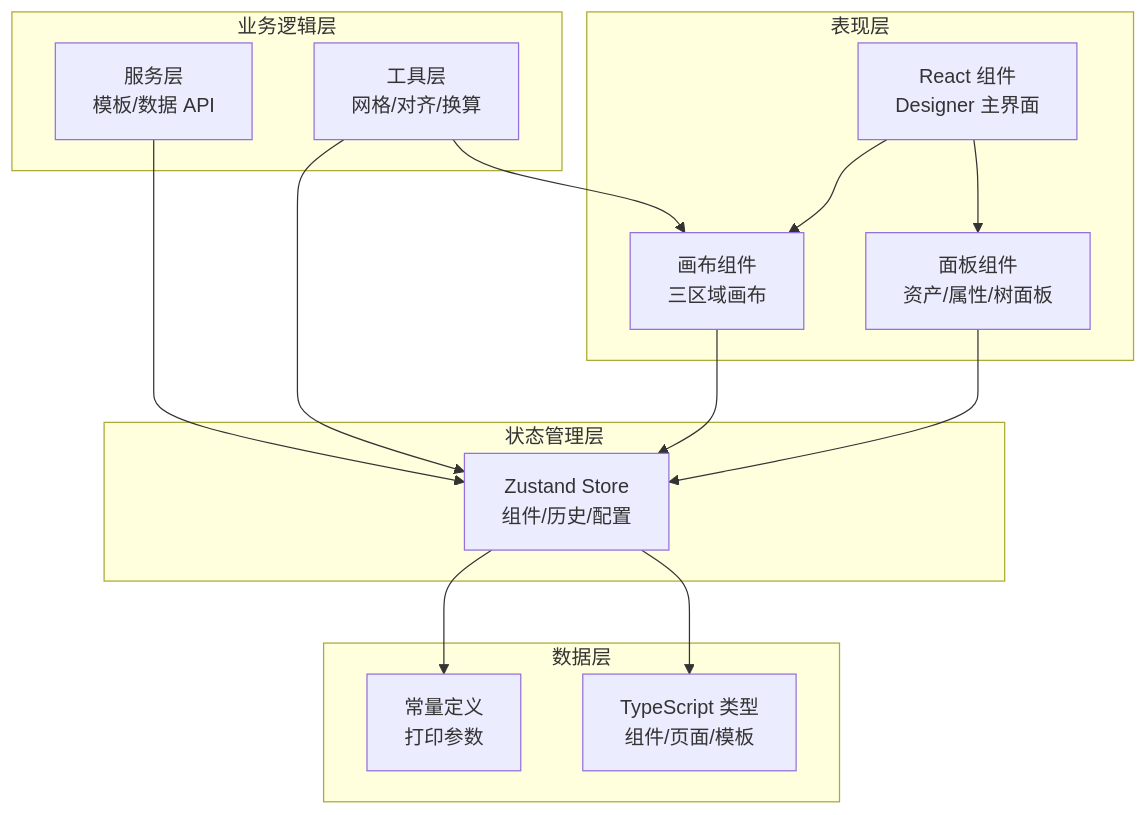
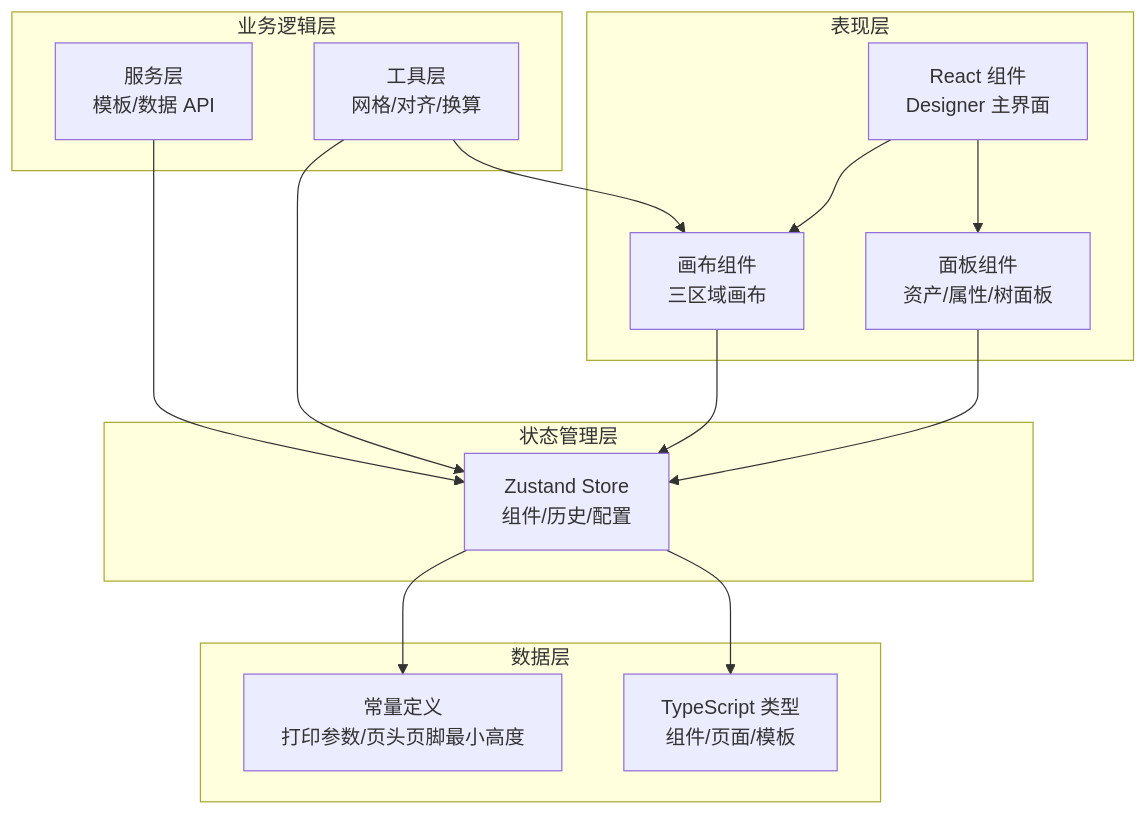
The fourth of 7 diagrams in .qoder/repowiki/zh/content/项目概述/核心特性/可视化模板设计器/可视化模板设计器.md (joker-yjc/printer), drawn with Mermaid before and after one commit. The commit also changed other lines of this file and 121 other files, not shown here.

````diff
--- a/.qoder/repowiki/zh/content/项目概述/核心特性/可视化模板设计器/可视化模板设计器.md
+++ b/.qoder/repowiki/zh/content/项目概述/核心特性/可视化模板设计器/可视化模板设计器.md
@@ -248,28 +252,28 @@
 ```mermaid
 graph TB
 subgraph "表现层"
 UI["React 组件<br/>Designer 主界面"]
 Panels["面板组件<br/>资产/属性/树面板"]
 Canvas["画布组件<br/>三区域画布"]
 end
 subgraph "业务逻辑层"
 Services["服务层<br/>模板/数据 API"]
 Utils["工具层<br/>网格/对齐/换算"]
 end
 subgraph "状态管理层"
 Zustand["Zustand Store<br/>组件/历史/配置"]
 end
 subgraph "数据层"
 Types["TypeScript 类型<br/>组件/页面/模板"]
-Constants["常量定义<br/>打印参数"]
+Constants["常量定义<br/>打印参数/页头页脚最小高度"]
 end
 UI --> Panels
 UI --> Canvas
 Panels --> Zustand
 Canvas --> Zustand
 Services --> Zustand
 Utils --> Canvas
 Utils --> Zustand
 Zustand --> Types
 Zustand --> Constants
 ```
````
